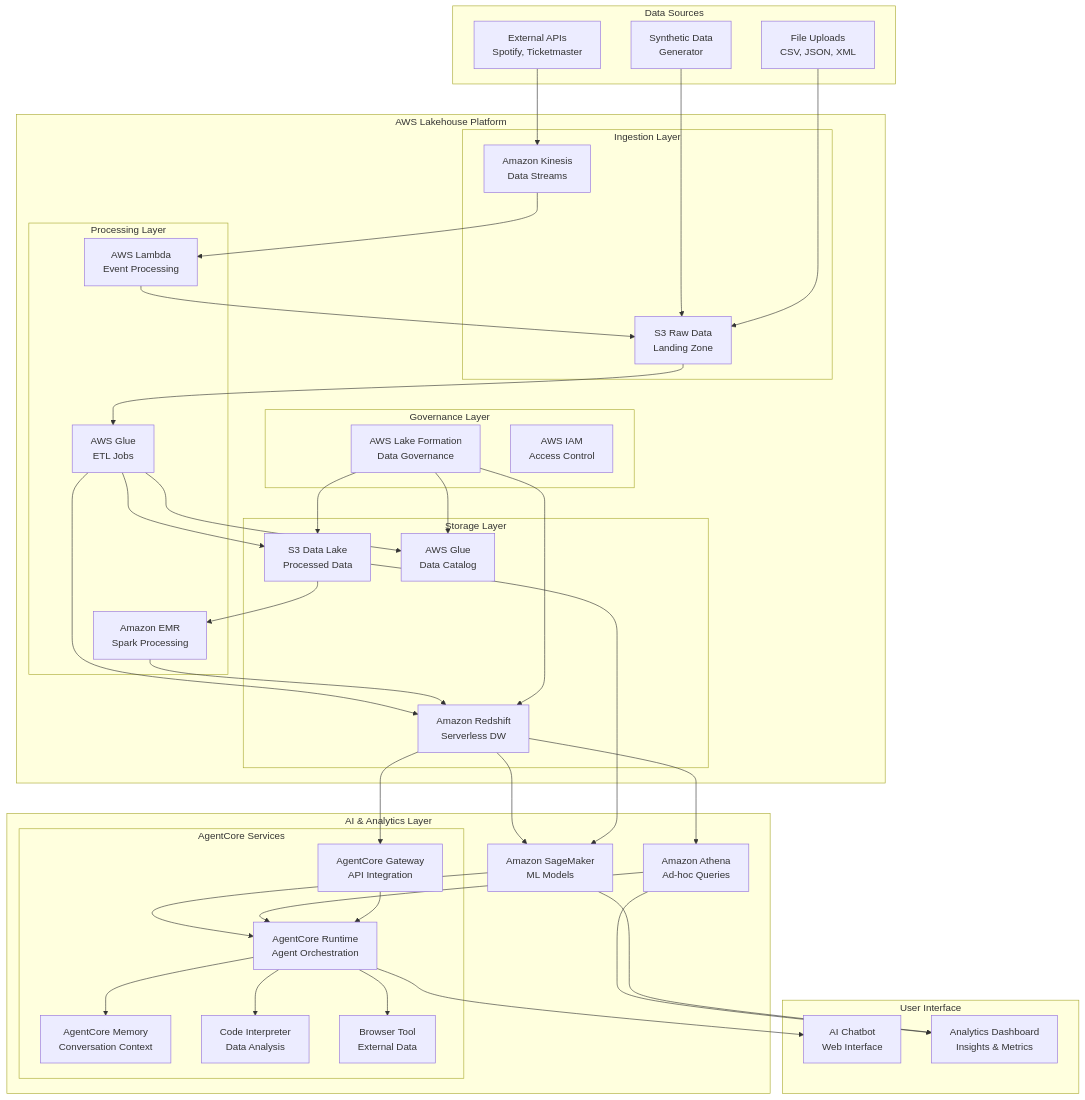
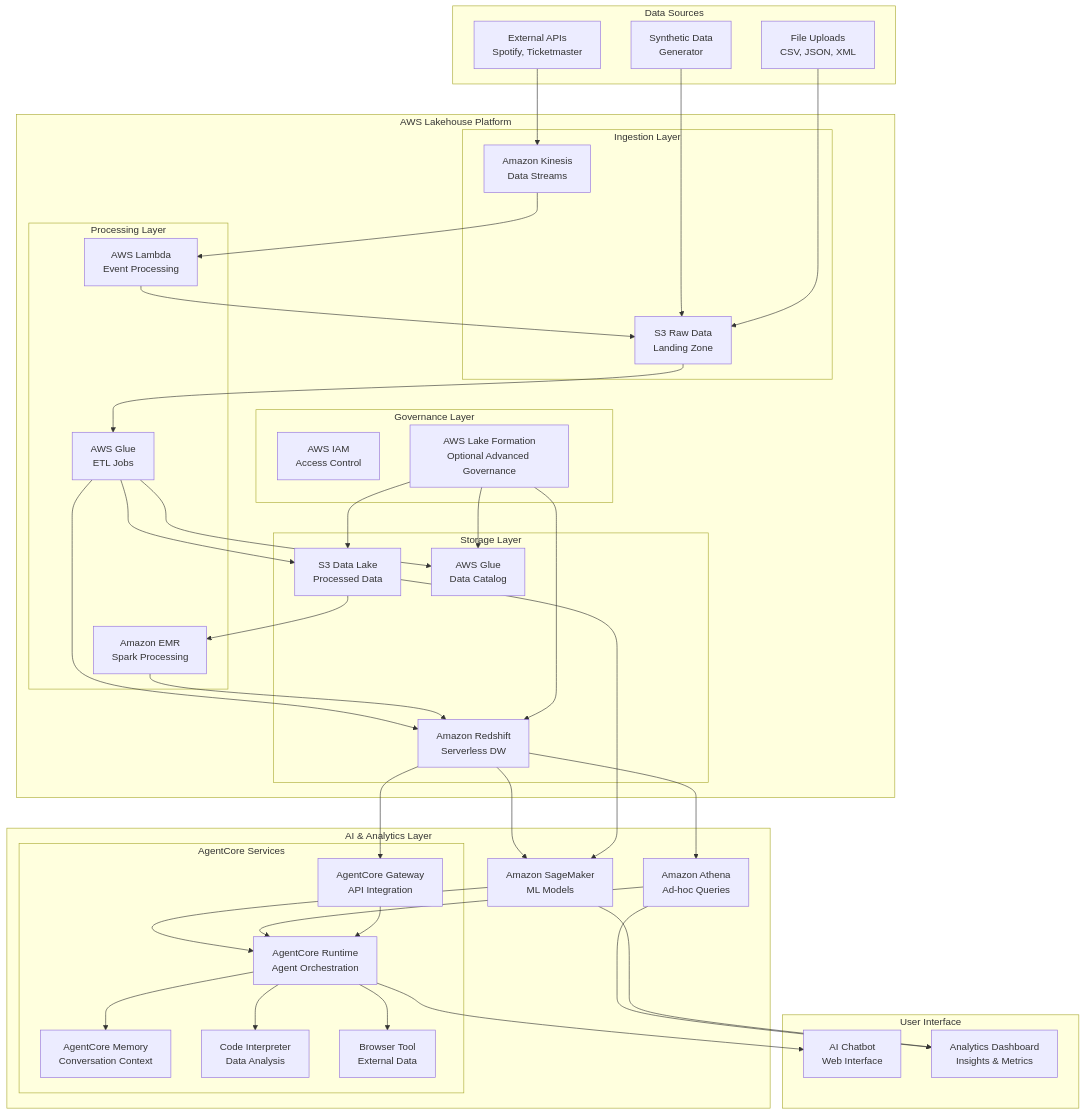
Before and after one commit to juettner/aws-immersion-demo-11192025: the diagram in .kiro/specs/data-readiness-ai-demo/design.md, drawn with Mermaid. The commit also changed other lines of this file and 3 other files, not shown here.

```diff
--- a/.kiro/specs/data-readiness-ai-demo/design.md
+++ b/.kiro/specs/data-readiness-ai-demo/design.md
@@ -41,8 +41,8 @@
         end
         
         subgraph "Governance Layer"
-            LF[AWS Lake Formation<br/>Data Governance]
             IAM[AWS IAM<br/>Access Control]
+            LF[AWS Lake Formation<br/>Optional Advanced Governance]
         end
     end
     
```
